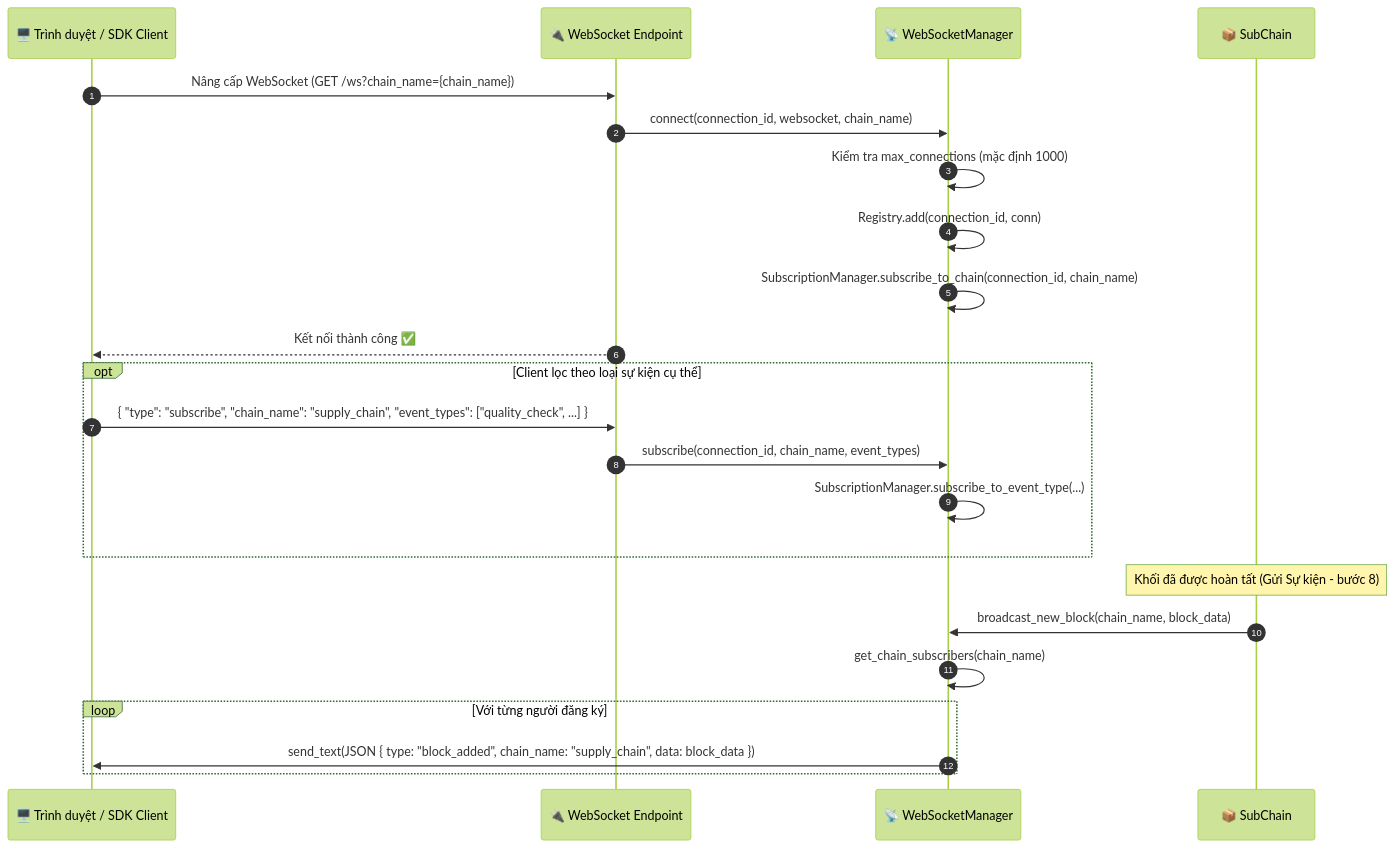
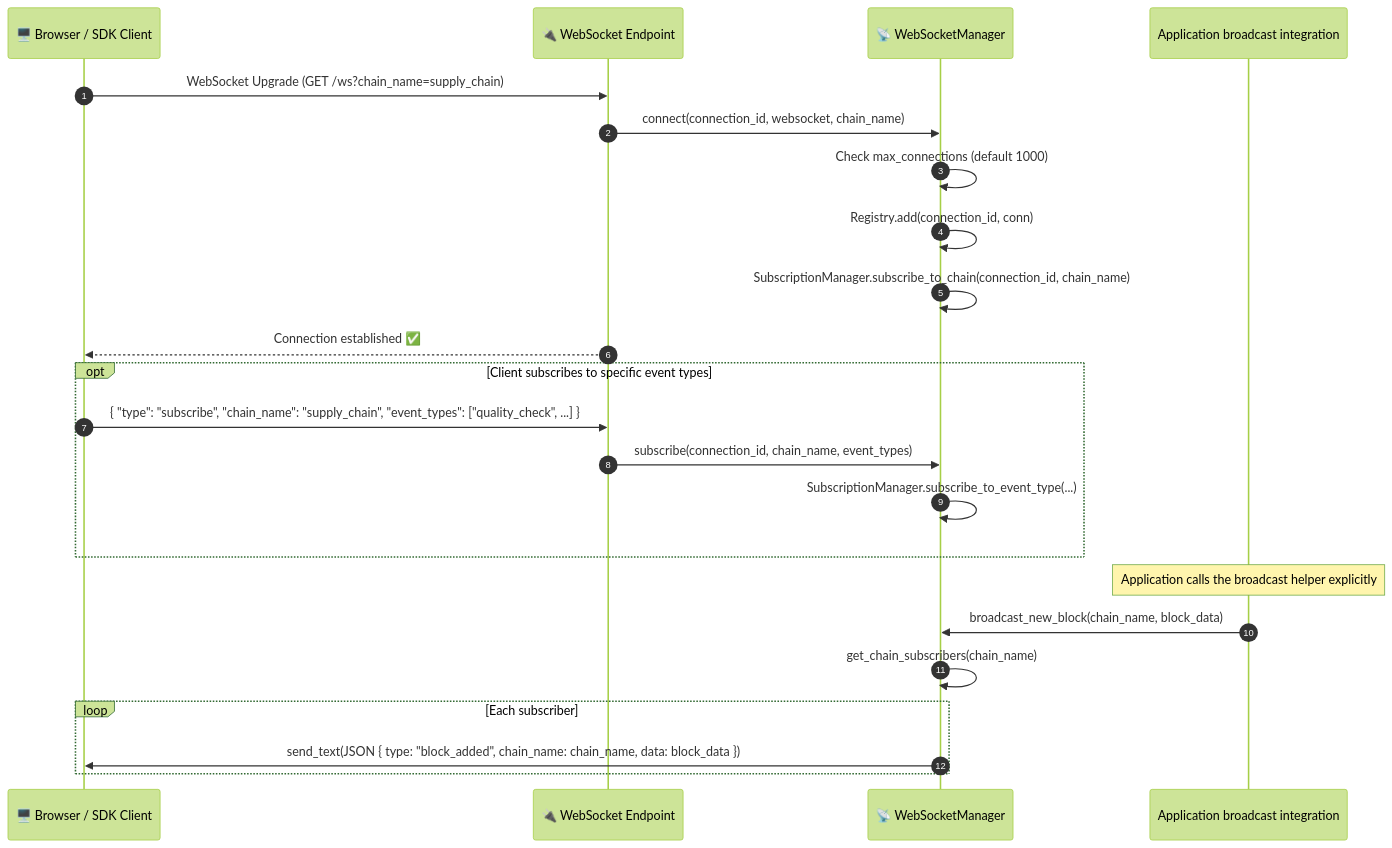
The first of 2 diagrams in docs/vi/workflows/websocket-streaming.md (VanDung-dev/HieraChain), drawn with Mermaid (forest theme) before and after one commit. The commit also changed other lines of this file and 158 other files, not shown here.

````diff
--- a/docs/vi/workflows/websocket-streaming.md
+++ b/docs/vi/workflows/websocket-streaming.md
@@ -19,29 +17,29 @@
 ```mermaid
 sequenceDiagram
     autonumber
-    participant Client as 🖥️ Trình duyệt / SDK Client
+    participant Client as 🖥️ Browser / SDK Client
     participant WS as 🔌 WebSocket Endpoint
     participant WSM as 📡 WebSocketManager
-    participant SC as 📦 SubChain
+    participant SC as Application broadcast integration
 
-    Client->>WS: Nâng cấp WebSocket (GET /ws?chain_name={chain_name})
+    Client->>WS: WebSocket Upgrade (GET /ws?chain_name=supply_chain)
     WS->>WSM: connect(connection_id, websocket, chain_name)
-    WSM->>WSM: Kiểm tra max_connections (mặc định 1000)
+    WSM->>WSM: Check max_connections (default 1000)
     WSM->>WSM: Registry.add(connection_id, conn)
     WSM->>WSM: SubscriptionManager.subscribe_to_chain(connection_id, chain_name)
-    WS-->>Client: Kết nối thành công ✅
+    WS-->>Client: Connection established ✅
 
-    opt Client lọc theo loại sự kiện cụ thể
+    opt Client subscribes to specific event types
         Client->>WS: { "type": "subscribe", "chain_name": "supply_chain", "event_types": ["quality_check", ...] }
         WS->>WSM: subscribe(connection_id, chain_name, event_types)
         WSM->>WSM: SubscriptionManager.subscribe_to_event_type(...)
     end
 
-    Note over SC: Khối đã được hoàn tất (Gửi Sự kiện - bước 8)
+    Note over SC: Application calls the broadcast helper explicitly
 
     SC->>WSM: broadcast_new_block(chain_name, block_data)
     WSM->>WSM: get_chain_subscribers(chain_name)
-    loop Với từng người đăng ký
-        WSM->>Client: send_text(JSON { type: "block_added", chain_name: "supply_chain", data: block_data })
+    loop Each subscriber
+        WSM->>Client: send_text(JSON { type: "block_added", chain_name: chain_name, data: block_data })
     end
 ```
````
